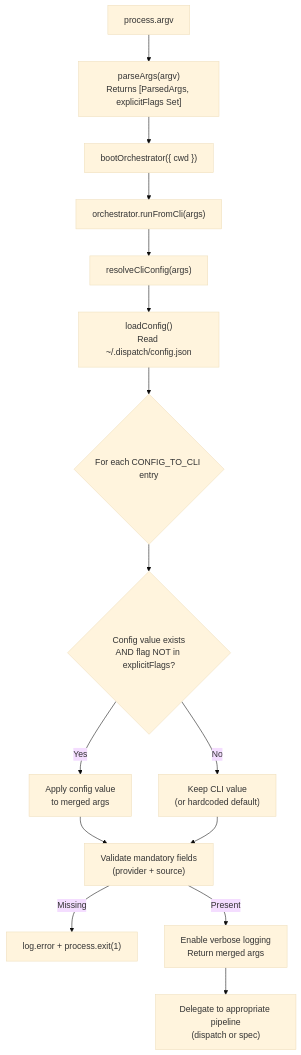
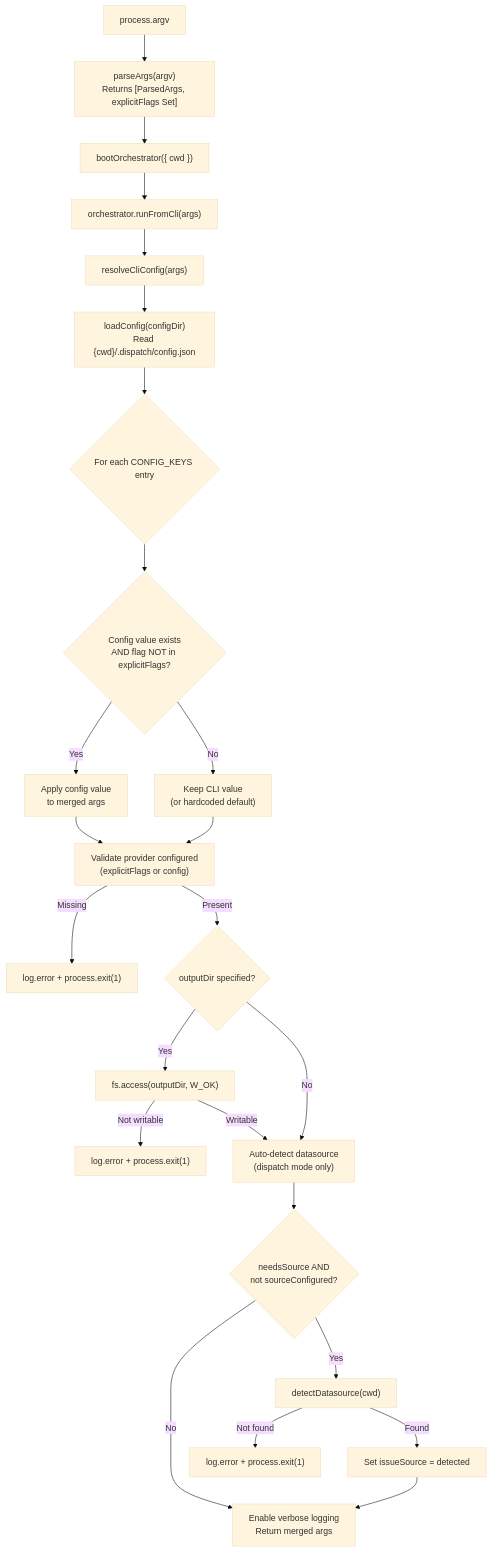
One commit to PatrickRuddiman/Dispatch changed the second of 2 diagrams in docs/cli-orchestration/configuration.md. Above: the diagram before and after it, drawn with Mermaid (base theme). The commit also changed other lines of this file and 66 other files, not shown here.

````diff
--- a/docs/cli-orchestration/configuration.md
+++ b/docs/cli-orchestration/configuration.md
@@ -188,21 +269,32 @@
 ```mermaid
 flowchart TD
     A["process.argv"] --> B["parseArgs(argv)<br/>Returns [ParsedArgs, explicitFlags Set]"]
     B --> C["bootOrchestrator({ cwd })"]
     C --> D["orchestrator.runFromCli(args)"]
     D --> E["resolveCliConfig(args)"]
 
-    E --> F["loadConfig()<br/>Read ~/.dispatch/config.json"]
-    F --> G{"For each CONFIG_TO_CLI entry"}
+    E --> F["loadConfig(configDir)<br/>Read {cwd}/.dispatch/config.json"]
+    F --> G{"For each CONFIG_KEYS entry"}
 
     G --> H{"Config value exists<br/>AND flag NOT in explicitFlags?"}
     H -->|Yes| I["Apply config value<br/>to merged args"]
     H -->|No| J["Keep CLI value<br/>(or hardcoded default)"]
 
-    I --> K["Validate mandatory fields<br/>(provider + source)"]
+    I --> K["Validate provider configured<br/>(explicitFlags or config)"]
     J --> K
 
     K -->|Missing| L["log.error + process.exit(1)"]
-    K -->|Present| M["Enable verbose logging<br/>Return merged args"]
-    M --> N["Delegate to appropriate pipeline<br/>(dispatch or spec)"]
+    K -->|Present| M{"outputDir specified?"}
+
+    M -->|Yes| N["fs.access(outputDir, W_OK)"]
+    N -->|Not writable| O["log.error + process.exit(1)"]
+    N -->|Writable| P["Auto-detect datasource<br/>(dispatch mode only)"]
+    M -->|No| P
+
+    P --> Q{"needsSource AND<br/>not sourceConfigured?"}
+    Q -->|Yes| R["detectDatasource(cwd)"]
+    R -->|Found| S["Set issueSource = detected"]
+    R -->|Not found| T["log.error + process.exit(1)"]
+    Q -->|No| U["Enable verbose logging<br/>Return merged args"]
+    S --> U
 ```
````
